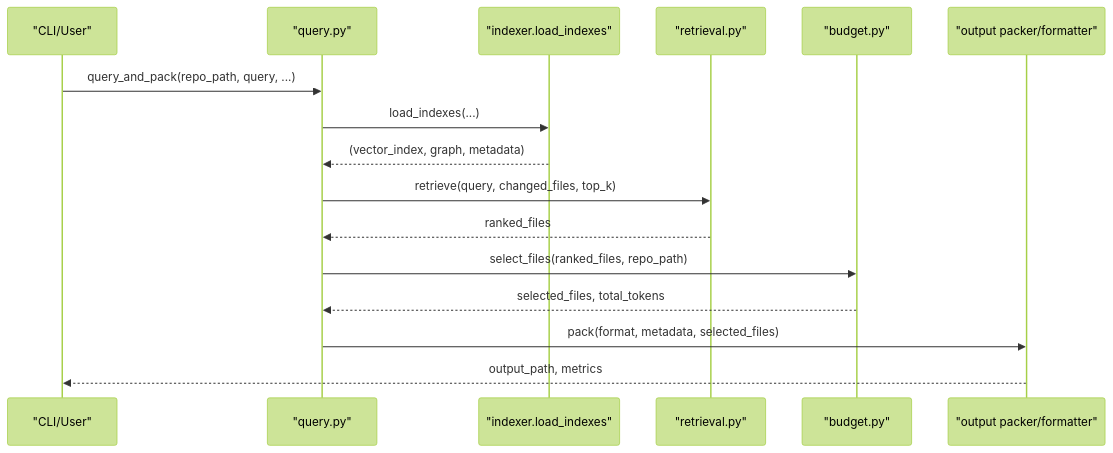
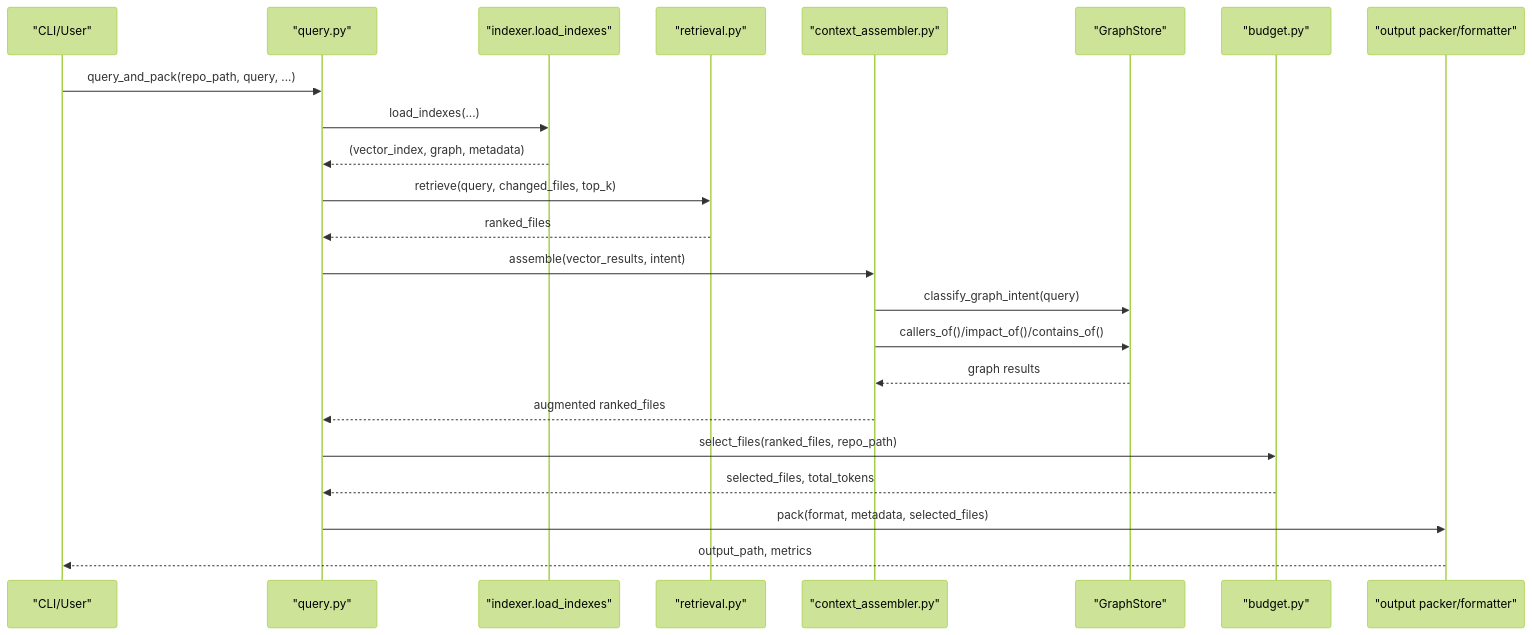
One commit to maemreyo/zmr-ctx-paker changed the third of 14 diagrams in .qoder/repowiki/en/content/Core Modules/Core Modules.md. Above: the diagram before and after it, drawn with Mermaid (forest theme). The commit also changed other lines of this file and 25 other files, not shown here.

````diff
--- a/.qoder/repowiki/en/content/Core Modules/Core Modules.md
+++ b/.qoder/repowiki/en/content/Core Modules/Core Modules.md
@@ -167,18 +230,25 @@
 ```mermaid
 sequenceDiagram
 participant CLI as "CLI/User"
 participant WF_QRY as "query.py"
 participant LOADER as "indexer.load_indexes"
 participant RET as "retrieval.py"
+participant ASSEMBLER as "context_assembler.py"
+participant STORE as "GraphStore"
 participant BUD as "budget.py"
 participant OUT as "output packer/formatter"
 CLI->>WF_QRY : query_and_pack(repo_path, query, ...)
 WF_QRY->>LOADER : load_indexes(...)
 LOADER-->>WF_QRY : (vector_index, graph, metadata)
 WF_QRY->>RET : retrieve(query, changed_files, top_k)
 RET-->>WF_QRY : ranked_files
+WF_QRY->>ASSEMBLER : assemble(vector_results, intent)
+ASSEMBLER->>STORE : classify_graph_intent(query)
+ASSEMBLER->>STORE : callers_of()/impact_of()/contains_of()
+STORE-->>ASSEMBLER : graph results
+ASSEMBLER-->>WF_QRY : augmented ranked_files
 WF_QRY->>BUD : select_files(ranked_files, repo_path)
 BUD-->>WF_QRY : selected_files, total_tokens
 WF_QRY->>OUT : pack(format, metadata, selected_files)
 OUT-->>CLI : output_path, metrics
 ```
````
